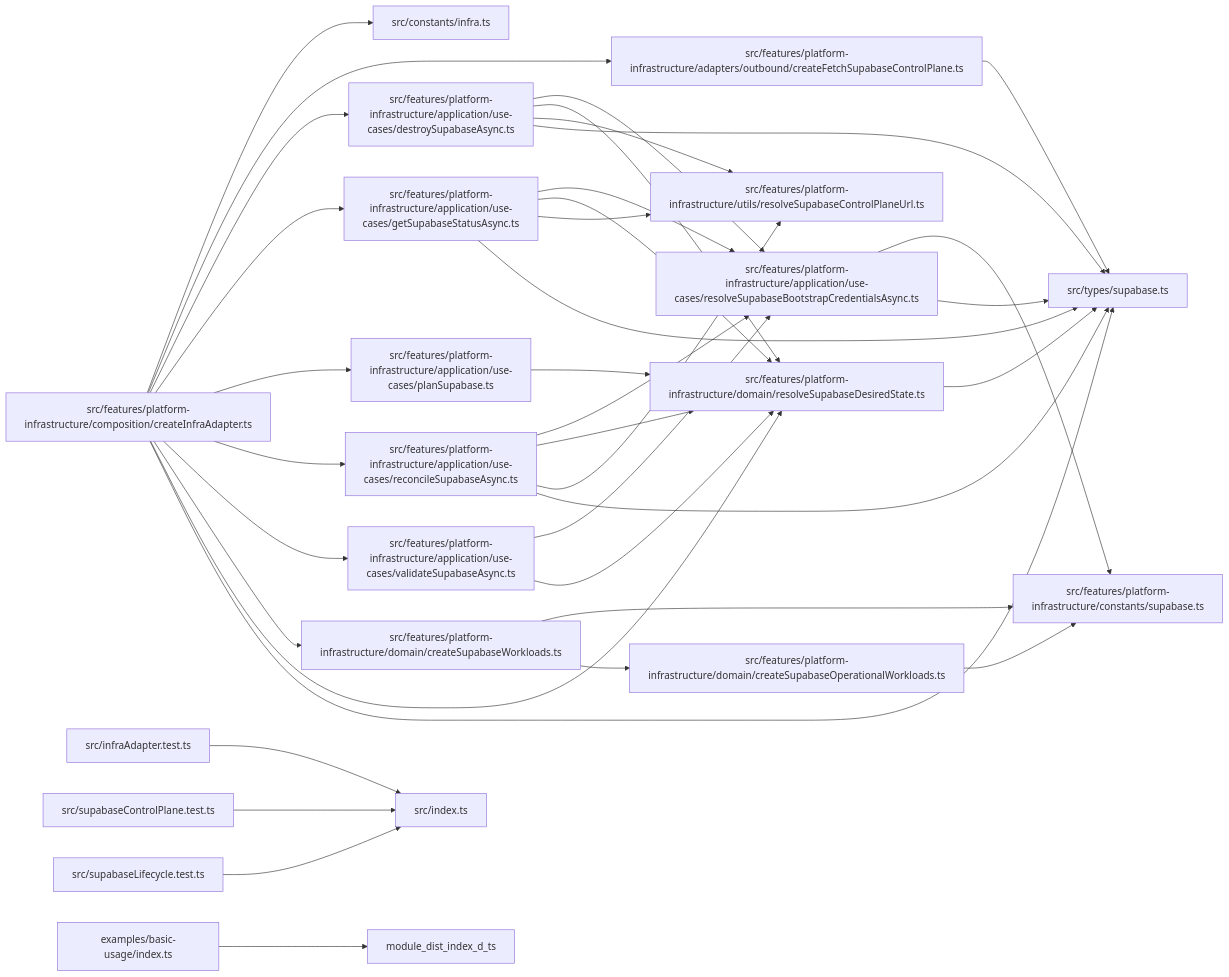
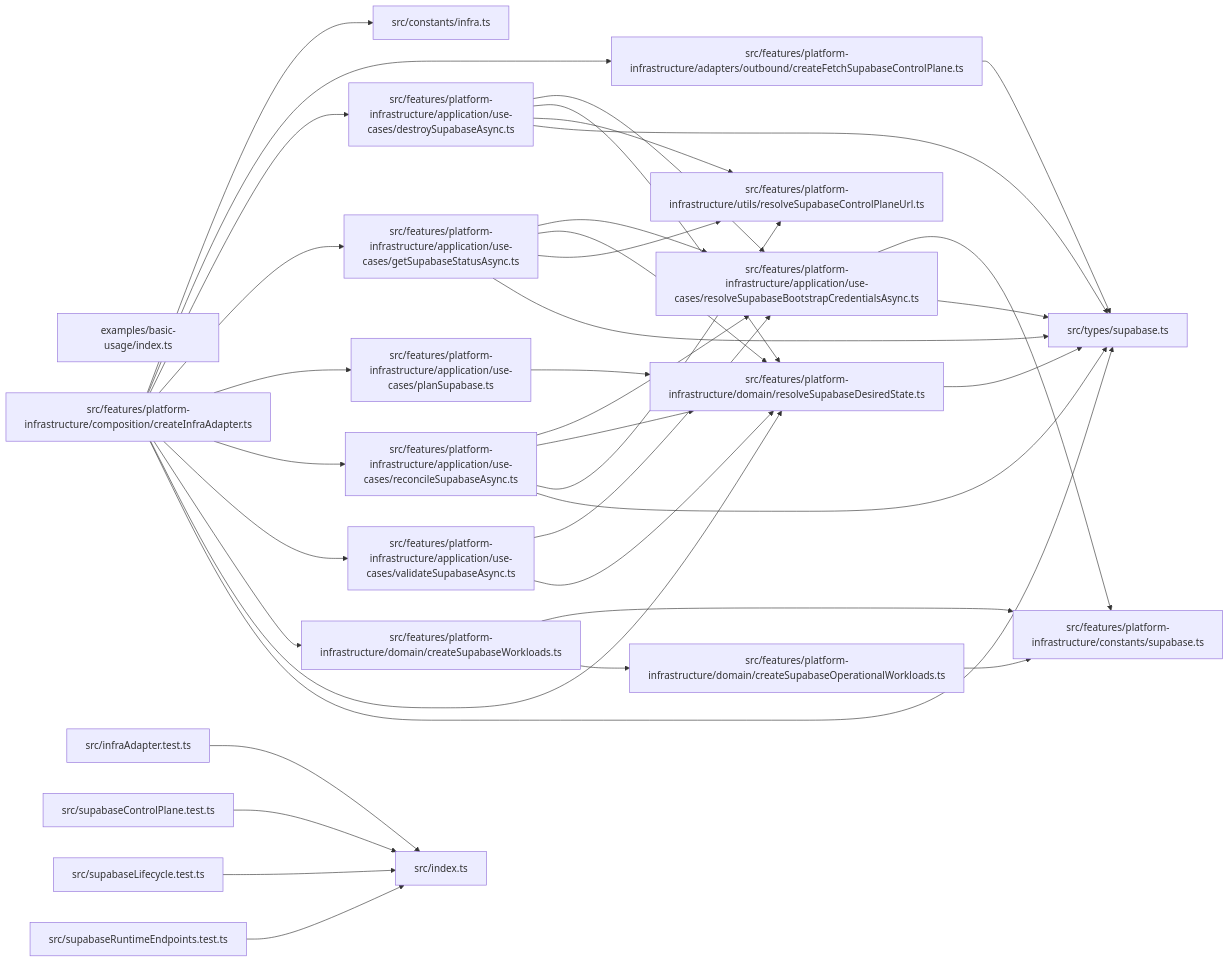
Before and after one commit to ankhorage/supabase: the diagram in paradox/diagrams/module-relationships.mmd, drawn with Mermaid. The commit also changed 9 other files, not shown here.

```diff
--- a/paradox/diagrams/module-relationships.mmd
+++ b/paradox/diagrams/module-relationships.mmd
@@ -1,57 +1,58 @@
 graph LR
   module_examples_basic_usage_index_ts["examples/basic-usage/index.ts"]
   module_src_constants_infra_ts["src/constants/infra.ts"]
   module_src_features_platform_infrastructure_adapters_outbound_createFetchSupabaseControlPlane_ts["src/features/platform-infrastructure/adapters/outbound/createFetchSupabaseControlPlane.ts"]
   module_src_features_platform_infrastructure_application_use_cases_destroySupabaseAsync_ts["src/features/platform-infrastructure/application/use-cases/destroySupabaseAsync.ts"]
   module_src_features_platform_infrastructure_application_use_cases_getSupabaseStatusAsync_ts["src/features/platform-infrastructure/application/use-cases/getSupabaseStatusAsync.ts"]
   module_src_features_platform_infrastructure_application_use_cases_planSupabase_ts["src/features/platform-infrastructure/application/use-cases/planSupabase.ts"]
   module_src_features_platform_infrastructure_application_use_cases_reconcileSupabaseAsync_ts["src/features/platform-infrastructure/application/use-cases/reconcileSupabaseAsync.ts"]
   module_src_features_platform_infrastructure_application_use_cases_resolveSupabaseBootstrapCredentialsAsync_ts["src/features/platform-infrastructure/application/use-cases/resolveSupabaseBootstrapCredentialsAsync.ts"]
   module_src_features_platform_infrastructure_application_use_cases_validateSupabaseAsync_ts["src/features/platform-infrastructure/application/use-cases/validateSupabaseAsync.ts"]
   module_src_features_platform_infrastructure_composition_createInfraAdapter_ts["src/features/platform-infrastructure/composition/createInfraAdapter.ts"]
   module_src_features_platform_infrastructure_constants_supabase_ts["src/features/platform-infrastructure/constants/supabase.ts"]
   module_src_features_platform_infrastructure_domain_createSupabaseOperationalWorkloads_ts["src/features/platform-infrastructure/domain/createSupabaseOperationalWorkloads.ts"]
   module_src_features_platform_infrastructure_domain_createSupabaseWorkloads_ts["src/features/platform-infrastructure/domain/createSupabaseWorkloads.ts"]
   module_src_features_platform_infrastructure_domain_resolveSupabaseDesiredState_ts["src/features/platform-infrastructure/domain/resolveSupabaseDesiredState.ts"]
   module_src_features_platform_infrastructure_utils_resolveSupabaseControlPlaneUrl_ts["src/features/platform-infrastructure/utils/resolveSupabaseControlPlaneUrl.ts"]
   module_src_index_ts["src/index.ts"]
   module_src_infraAdapter_test_ts["src/infraAdapter.test.ts"]
   module_src_supabaseControlPlane_test_ts["src/supabaseControlPlane.test.ts"]
   module_src_supabaseLifecycle_test_ts["src/supabaseLifecycle.test.ts"]
+  module_src_supabaseRuntimeEndpoints_test_ts["src/supabaseRuntimeEndpoints.test.ts"]
   module_src_types_supabase_ts["src/types/supabase.ts"]
-  module_examples_basic_usage_index_ts --> module_dist_index_d_ts
   module_src_features_platform_infrastructure_adapters_outbound_createFetchSupabaseControlPlane_ts --> module_src_types_supabase_ts
   module_src_features_platform_infrastructure_application_use_cases_destroySupabaseAsync_ts --> module_src_features_platform_infrastructure_application_use_cases_resolveSupabaseBootstrapCredentialsAsync_ts
   module_src_features_platform_infrastructure_application_use_cases_destroySupabaseAsync_ts --> module_src_features_platform_infrastructure_domain_resolveSupabaseDesiredState_ts
   module_src_features_platform_infrastructure_application_use_cases_destroySupabaseAsync_ts --> module_src_features_platform_infrastructure_utils_resolveSupabaseControlPlaneUrl_ts
   module_src_features_platform_infrastructure_application_use_cases_destroySupabaseAsync_ts --> module_src_types_supabase_ts
   module_src_features_platform_infrastructure_application_use_cases_getSupabaseStatusAsync_ts --> module_src_features_platform_infrastructure_application_use_cases_resolveSupabaseBootstrapCredentialsAsync_ts
   module_src_features_platform_infrastructure_application_use_cases_getSupabaseStatusAsync_ts --> module_src_features_platform_infrastructure_domain_resolveSupabaseDesiredState_ts
   module_src_features_platform_infrastructure_application_use_cases_getSupabaseStatusAsync_ts --> module_src_features_platform_infrastructure_utils_resolveSupabaseControlPlaneUrl_ts
   module_src_features_platform_infrastructure_application_use_cases_getSupabaseStatusAsync_ts --> module_src_types_supabase_ts
   module_src_features_platform_infrastructure_application_use_cases_planSupabase_ts --> module_src_features_platform_infrastructure_domain_resolveSupabaseDesiredState_ts
   module_src_features_platform_infrastructure_application_use_cases_reconcileSupabaseAsync_ts --> module_src_features_platform_infrastructure_application_use_cases_resolveSupabaseBootstrapCredentialsAsync_ts
   module_src_features_platform_infrastructure_application_use_cases_reconcileSupabaseAsync_ts --> module_src_features_platform_infrastructure_domain_resolveSupabaseDesiredState_ts
   module_src_features_platform_infrastructure_application_use_cases_reconcileSupabaseAsync_ts --> module_src_features_platform_infrastructure_utils_resolveSupabaseControlPlaneUrl_ts
   module_src_features_platform_infrastructure_application_use_cases_reconcileSupabaseAsync_ts --> module_src_types_supabase_ts
   module_src_features_platform_infrastructure_application_use_cases_resolveSupabaseBootstrapCredentialsAsync_ts --> module_src_features_platform_infrastructure_constants_supabase_ts
   module_src_features_platform_infrastructure_application_use_cases_resolveSupabaseBootstrapCredentialsAsync_ts --> module_src_types_supabase_ts
   module_src_features_platform_infrastructure_application_use_cases_validateSupabaseAsync_ts --> module_src_features_platform_infrastructure_application_use_cases_resolveSupabaseBootstrapCredentialsAsync_ts
   module_src_features_platform_infrastructure_application_use_cases_validateSupabaseAsync_ts --> module_src_features_platform_infrastructure_domain_resolveSupabaseDesiredState_ts
   module_src_features_platform_infrastructure_composition_createInfraAdapter_ts --> module_src_constants_infra_ts
   module_src_features_platform_infrastructure_composition_createInfraAdapter_ts --> module_src_features_platform_infrastructure_adapters_outbound_createFetchSupabaseControlPlane_ts
   module_src_features_platform_infrastructure_composition_createInfraAdapter_ts --> module_src_features_platform_infrastructure_application_use_cases_destroySupabaseAsync_ts
   module_src_features_platform_infrastructure_composition_createInfraAdapter_ts --> module_src_features_platform_infrastructure_application_use_cases_getSupabaseStatusAsync_ts
   module_src_features_platform_infrastructure_composition_createInfraAdapter_ts --> module_src_features_platform_infrastructure_application_use_cases_planSupabase_ts
   module_src_features_platform_infrastructure_composition_createInfraAdapter_ts --> module_src_features_platform_infrastructure_application_use_cases_reconcileSupabaseAsync_ts
   module_src_features_platform_infrastructure_composition_createInfraAdapter_ts --> module_src_features_platform_infrastructure_application_use_cases_validateSupabaseAsync_ts
   module_src_features_platform_infrastructure_composition_createInfraAdapter_ts --> module_src_features_platform_infrastructure_domain_createSupabaseWorkloads_ts
   module_src_features_platform_infrastructure_composition_createInfraAdapter_ts --> module_src_features_platform_infrastructure_domain_resolveSupabaseDesiredState_ts
   module_src_features_platform_infrastructure_composition_createInfraAdapter_ts --> module_src_types_supabase_ts
   module_src_features_platform_infrastructure_domain_createSupabaseOperationalWorkloads_ts --> module_src_features_platform_infrastructure_constants_supabase_ts
   module_src_features_platform_infrastructure_domain_createSupabaseWorkloads_ts --> module_src_features_platform_infrastructure_constants_supabase_ts
   module_src_features_platform_infrastructure_domain_createSupabaseWorkloads_ts --> module_src_features_platform_infrastructure_domain_createSupabaseOperationalWorkloads_ts
   module_src_features_platform_infrastructure_domain_resolveSupabaseDesiredState_ts --> module_src_types_supabase_ts
   module_src_infraAdapter_test_ts --> module_src_index_ts
   module_src_supabaseControlPlane_test_ts --> module_src_index_ts
   module_src_supabaseLifecycle_test_ts --> module_src_index_ts
+  module_src_supabaseRuntimeEndpoints_test_ts --> module_src_index_ts
```
